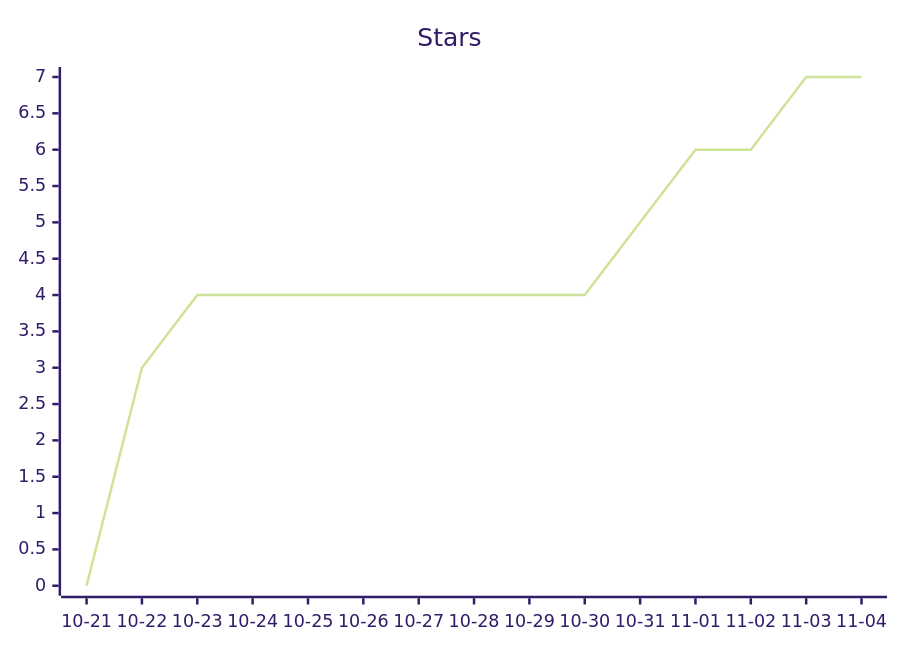
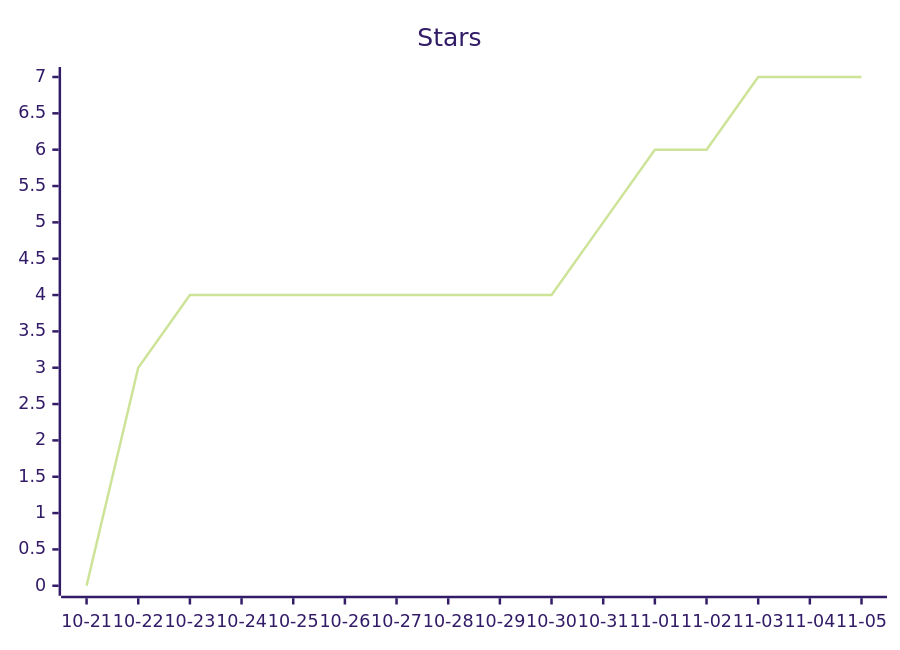
One commit to ArtemkaGoldMan/ContextSwitcher changed the second of 3 diagrams in README.md. Above: the diagram before and after it, drawn with Mermaid (forest theme). The commit also changed other lines of this file and 6 other files, not shown here.

````diff
--- a/README.md
+++ b/README.md
@@ -43,6 +43,6 @@
 ```mermaid
 xychart-beta
     title "Stars"
-    x-axis ["10-21", "10-22", "10-23", "10-24", "10-25", "10-26", "10-27", "10-28", "10-29", "10-30", "10-31", "11-01", "11-02", "11-03", "11-04"]
-    line [0, 3, 4, 4, 4, 4, 4, 4, 4, 4, 5, 6, 6, 7, 7]
+    x-axis ["10-21", "10-22", "10-23", "10-24", "10-25", "10-26", "10-27", "10-28", "10-29", "10-30", "10-31", "11-01", "11-02", "11-03", "11-04", "11-05"]
+    line [0, 3, 4, 4, 4, 4, 4, 4, 4, 4, 5, 6, 6, 7, 7, 7]
 ```
````
